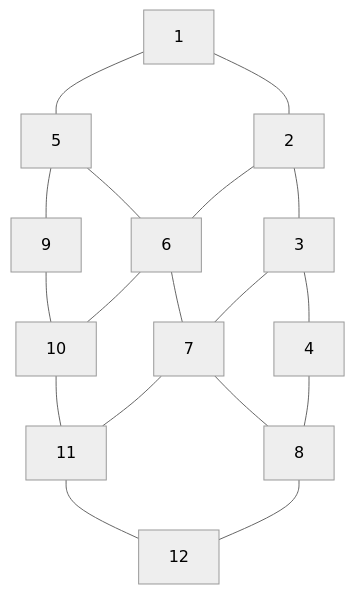
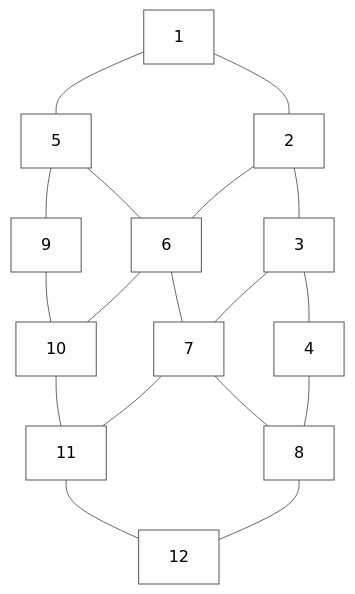
Before and after one commit to athena-tircgo/amr-lsj: the second of 2 diagrams in README.md, drawn with Mermaid (neutral theme).

````diff
--- a/README.md
+++ b/README.md
@@ -50,13 +50,32 @@
 ```mermaid
+---
+config:
+  layout: grid
+---
 graph TD
-    %% 先定義橫向連線（每一排）
-    A1[1] --- A2[2] --- A3[3] --- A4[4]
-    A5[5] --- A6[6] --- A7[7] --- A8[8]
-    A9[9] --- A10[10] --- A11[11] --- A12[12]
+    A1[1]:::node
+    A2[2]:::node
+    A3[3]:::node
+    A4[4]:::node
+    A5[5]:::node
+    A6[6]:::node
+    A7[7]:::node
+    A8[8]:::node
+    A9[9]:::node
+    A10[10]:::node
+    A11[11]:::node
+    A12[12]:::node
 
-    %% 再加垂直連線
+    %% 橫向連線
+    A1 --- A2 --- A3 --- A4
+    A5 --- A6 --- A7 --- A8
+    A9 --- A10 --- A11 --- A12
+
+    %% 垂直連線
     A1 --- A5 --- A9
     A2 --- A6 --- A10
     A3 --- A7 --- A11
     A4 --- A8 --- A12
+
+classDef node fill:#fdfdfd,stroke:#555,stroke-width:1px;
 ```
````
